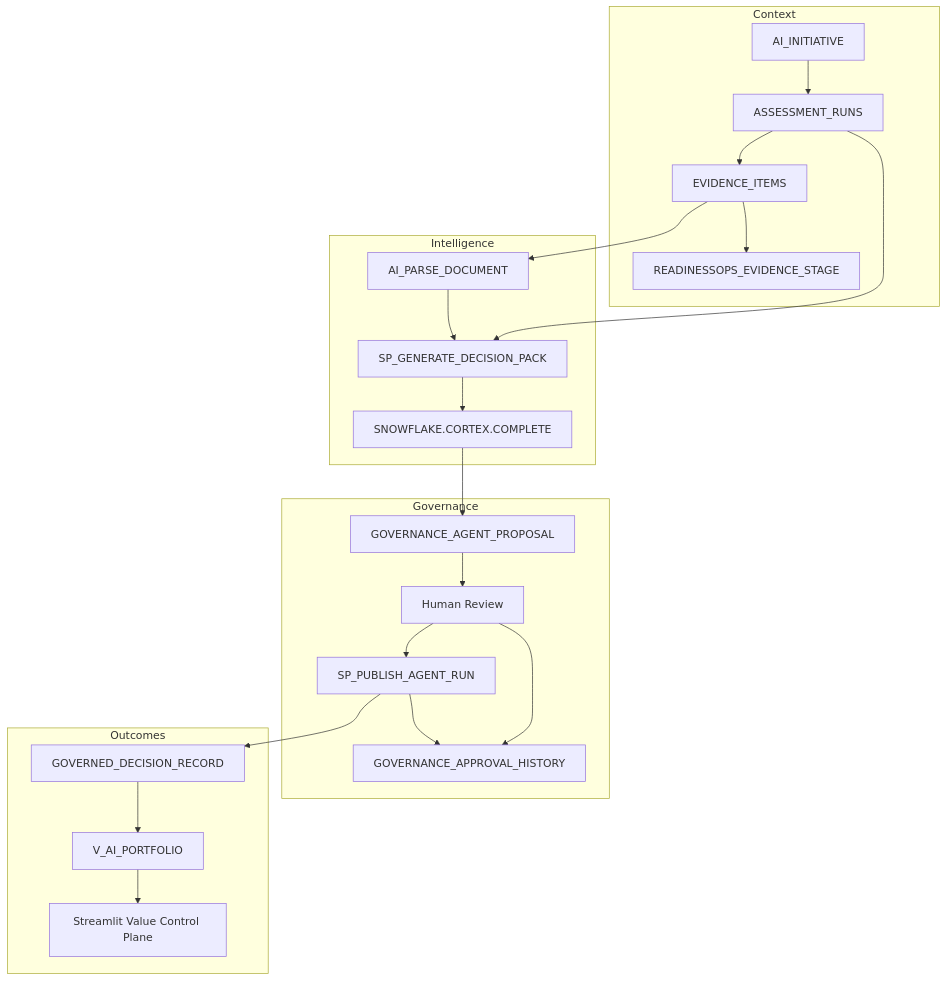
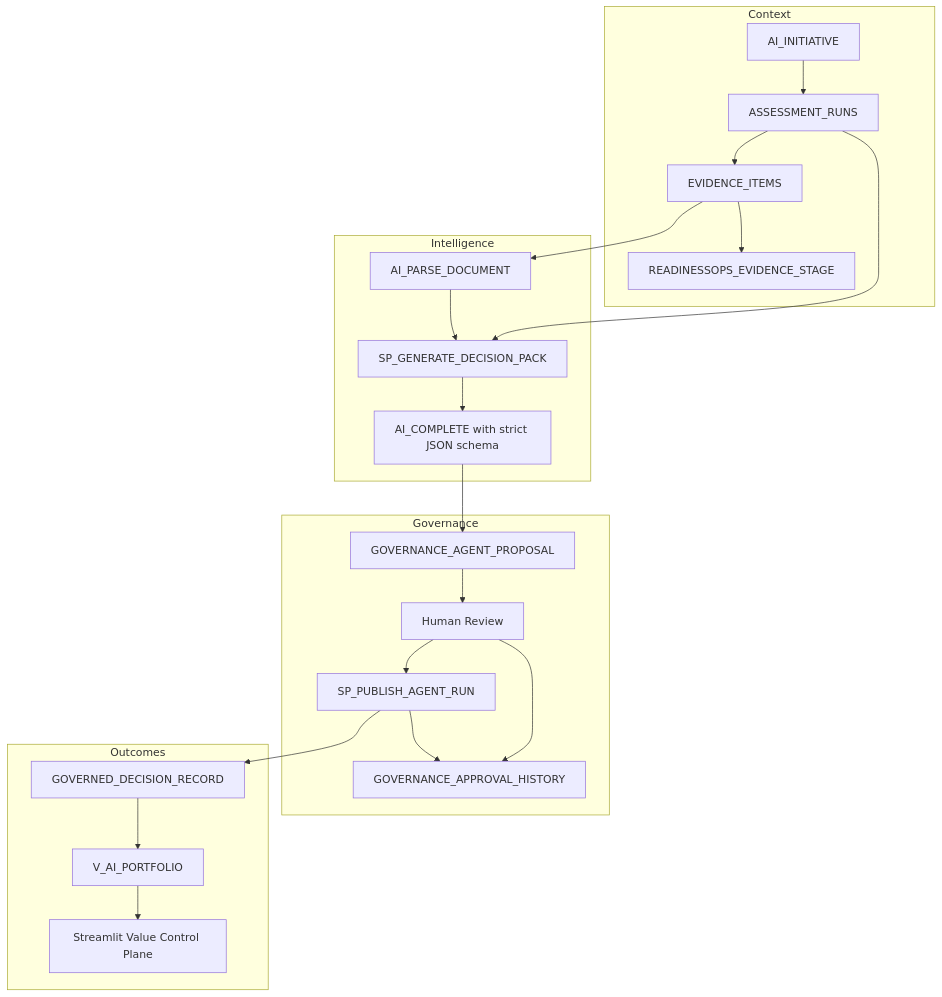
One commit to solidfdn/solifan-readinessops changed the first of 2 diagrams in docs/architecture.md. Above: the diagram before and after it, drawn with Mermaid. The commit also changed other lines of this file and 8 other files, not shown here.

````diff
--- a/docs/architecture.md
+++ b/docs/architecture.md
@@ -15,44 +15,44 @@
 ```mermaid
 flowchart TD
     subgraph Context
         AI[AI_INITIATIVE]
         AR[ASSESSMENT_RUNS]
         EI[EVIDENCE_ITEMS]
         ES[READINESSOPS_EVIDENCE_STAGE]
     end
 
     subgraph Intelligence
         PDF[AI_PARSE_DOCUMENT]
         DP[SP_GENERATE_DECISION_PACK]
-        CX[SNOWFLAKE.CORTEX.COMPLETE]
+        CX[AI_COMPLETE with strict JSON schema]
     end
 
     subgraph Governance
         GP[GOVERNANCE_AGENT_PROPOSAL]
         HR[Human Review]
         PH[SP_PUBLISH_AGENT_RUN]
         AH[GOVERNANCE_APPROVAL_HISTORY]
     end
 
     subgraph Outcomes
         DR[GOVERNED_DECISION_RECORD]
         PV[V_AI_PORTFOLIO]
         ST[Streamlit Value Control Plane]
     end
 
     AI --> AR
     AR --> EI
     EI --> ES
     EI --> PDF
     AR --> DP
     PDF --> DP
     DP --> CX
     CX --> GP
     GP --> HR
     HR --> AH
     HR --> PH
     PH --> DR
     PH --> AH
     DR --> PV
     PV --> ST
 ```
````
